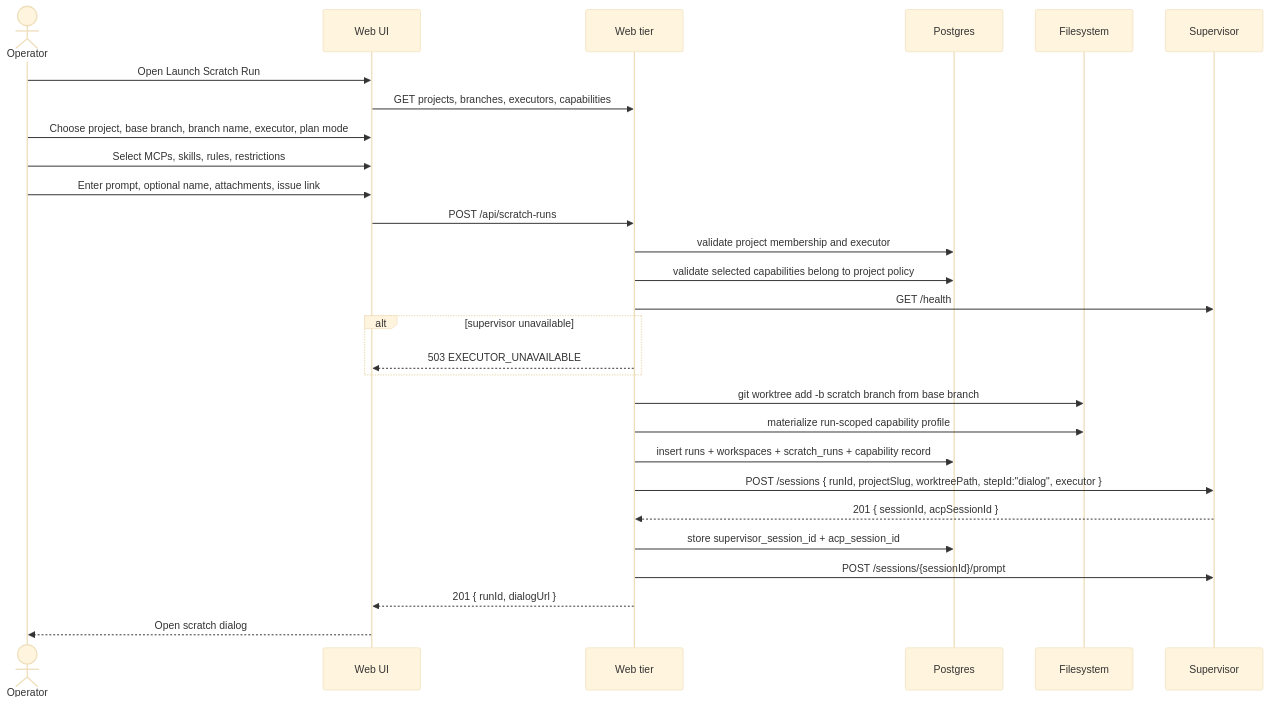
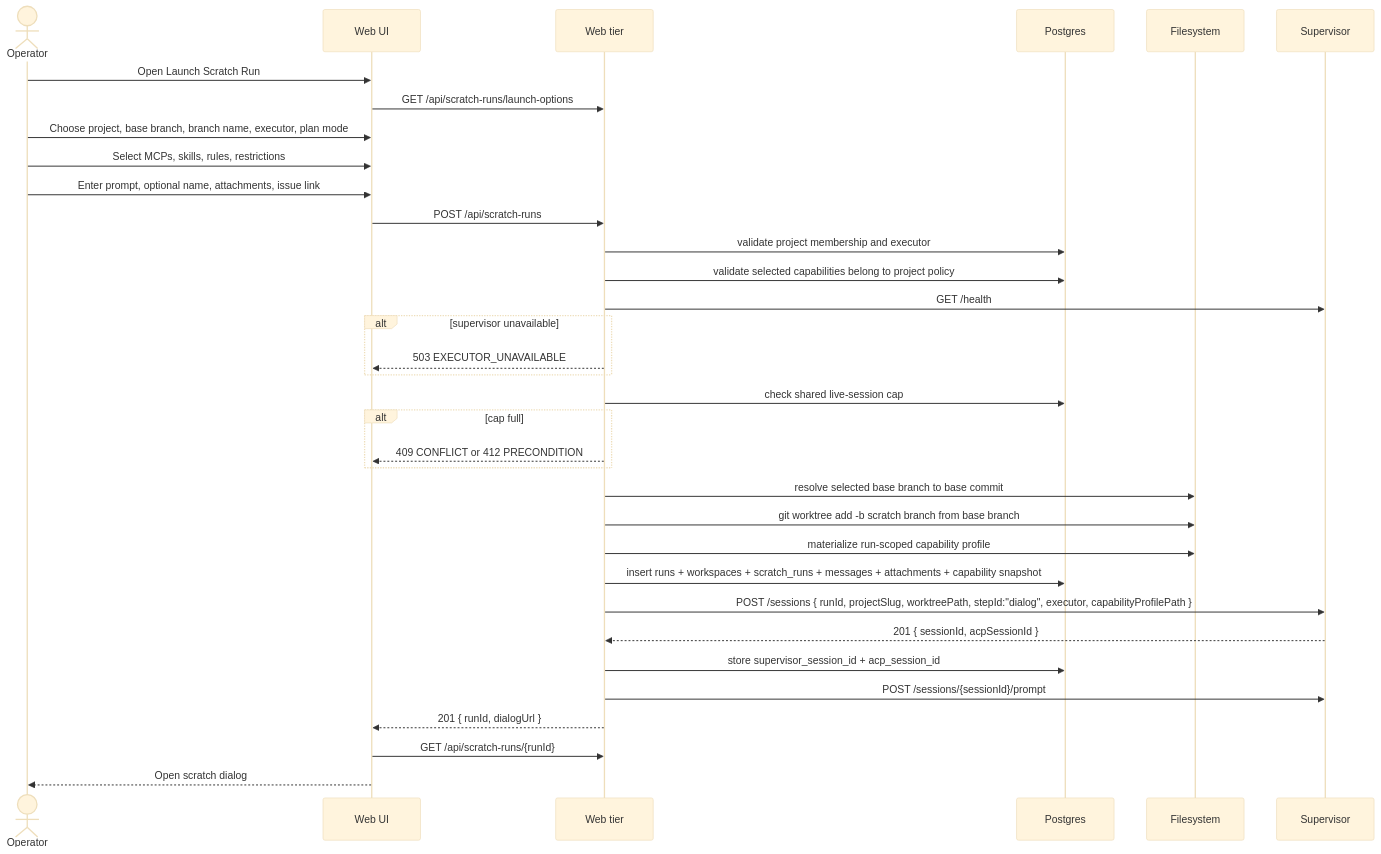
The second of 5 diagrams in docs/system-analytics/scratch-runs.md (maister-dev/maister), drawn with Mermaid (base theme) before and after one commit. The commit also changed other lines of this file and 13 other files, not shown here.

Commit message:
docs: specify scratch run contracts

````diff
--- a/docs/system-analytics/scratch-runs.md
+++ b/docs/system-analytics/scratch-runs.md
@@ -85,31 +108,37 @@
 ```mermaid
 sequenceDiagram
     actor U as Operator
     participant UI as Web UI
     participant W as Web tier
     participant DB as Postgres
     participant FS as Filesystem
     participant SV as Supervisor
 
     U->>UI: Open Launch Scratch Run
-    UI->>W: GET projects, branches, executors, capabilities
+    UI->>W: GET /api/scratch-runs/launch-options
     U->>UI: Choose project, base branch, branch name, executor, plan mode
     U->>UI: Select MCPs, skills, rules, restrictions
     U->>UI: Enter prompt, optional name, attachments, issue link
     UI->>W: POST /api/scratch-runs
     W->>DB: validate project membership and executor
     W->>DB: validate selected capabilities belong to project policy
     W->>SV: GET /health
     alt supervisor unavailable
         W-->>UI: 503 EXECUTOR_UNAVAILABLE
     end
+    W->>DB: check shared live-session cap
+    alt cap full
+        W-->>UI: 409 CONFLICT or 412 PRECONDITION
+    end
+    W->>FS: resolve selected base branch to base commit
     W->>FS: git worktree add -b scratch branch from base branch
     W->>FS: materialize run-scoped capability profile
-    W->>DB: insert runs + workspaces + scratch_runs + capability record
-    W->>SV: POST /sessions { runId, projectSlug, worktreePath, stepId:"dialog", executor }
+    W->>DB: insert runs + workspaces + scratch_runs + messages + attachments + capability snapshot
+    W->>SV: POST /sessions { runId, projectSlug, worktreePath, stepId:"dialog", executor, capabilityProfilePath }
     SV-->>W: 201 { sessionId, acpSessionId }
     W->>DB: store supervisor_session_id + acp_session_id
     W->>SV: POST /sessions/{sessionId}/prompt
     W-->>UI: 201 { runId, dialogUrl }
+    UI->>W: GET /api/scratch-runs/{runId}
     UI-->>U: Open scratch dialog
 ```
````
